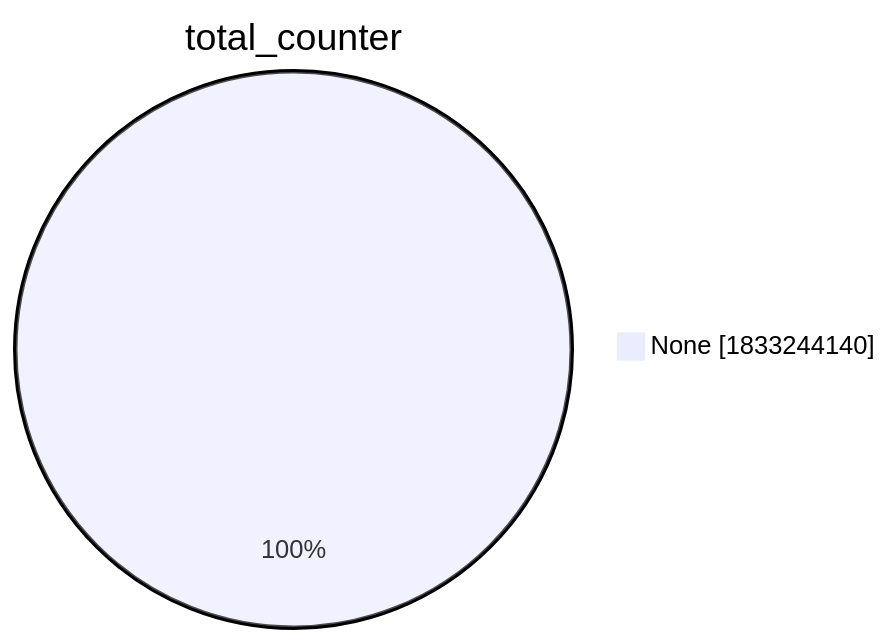
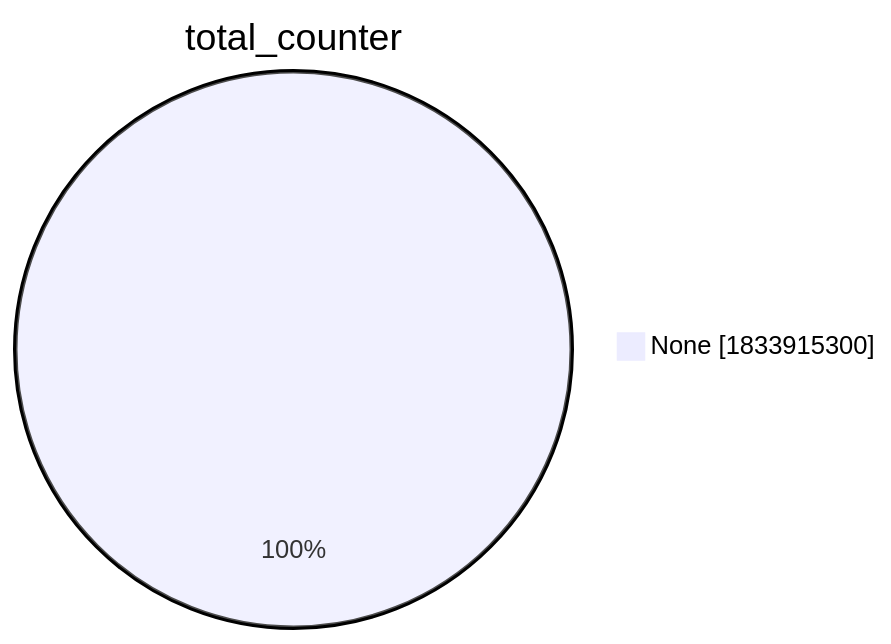
One commit to christiankrug/ctmonitor_visualization changed the second of 15 diagrams in xenon2022/README.md. Above: the diagram before and after it, drawn with Mermaid. The commit also changed other lines of this file, not shown here.

````diff
--- a/xenon2022/README.md
+++ b/xenon2022/README.md
@@ -9,5 +9,5 @@
 ```mermaid
 pie showData
 title total_counter
-"None" :1833244140
+"None" :1833915300
 ```
````
